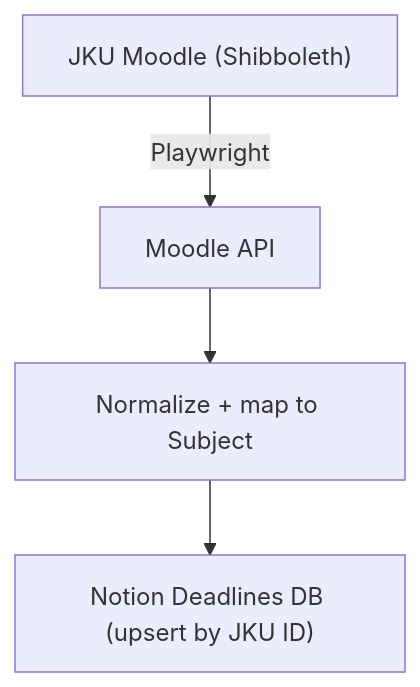
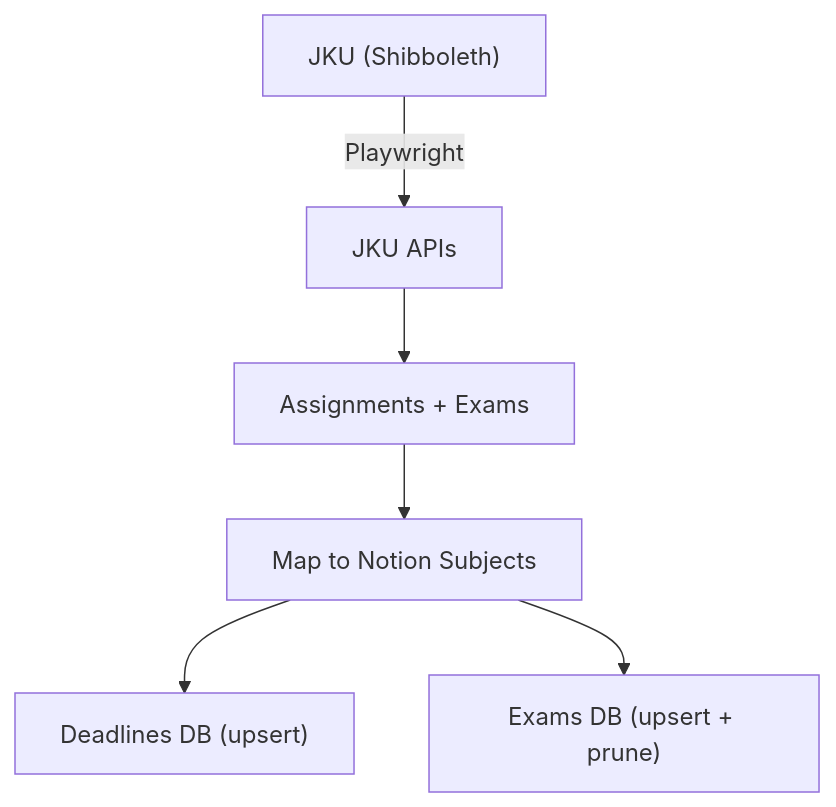
The diagram in README.md (paul-b-at/jku-notion-sync), drawn with Mermaid before and after one commit. The commit also changed other lines of this file and 4 other files, not shown here.

````diff
--- a/README.md
+++ b/README.md
@@ -21,6 +32,8 @@
 ```mermaid
 flowchart TD
-    A["JKU Moodle (Shibboleth)"] -->|Playwright| B["Moodle API"]
-    B --> C["Normalize + map to Subject"]
-    C --> D["Notion Deadlines DB (upsert by JKU ID)"]
+    A["JKU (Shibboleth)"] -->|Playwright| B["JKU APIs"]
+    B --> C["Assignments + Exams"]
+    C --> D["Map to Notion Subjects"]
+    D --> E["Deadlines DB (upsert)"]
+    D --> F["Exams DB (upsert + prune)"]
 ```
````
